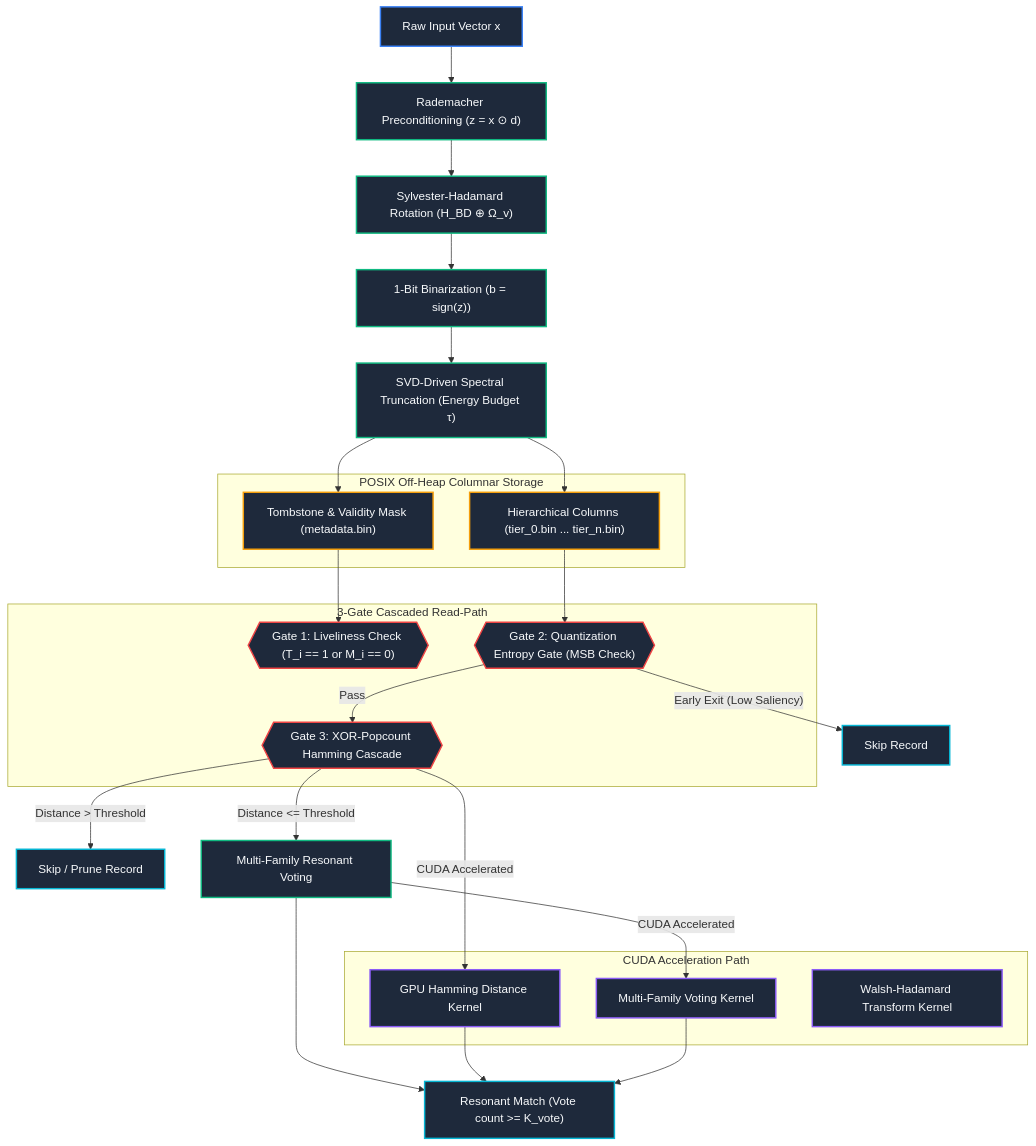
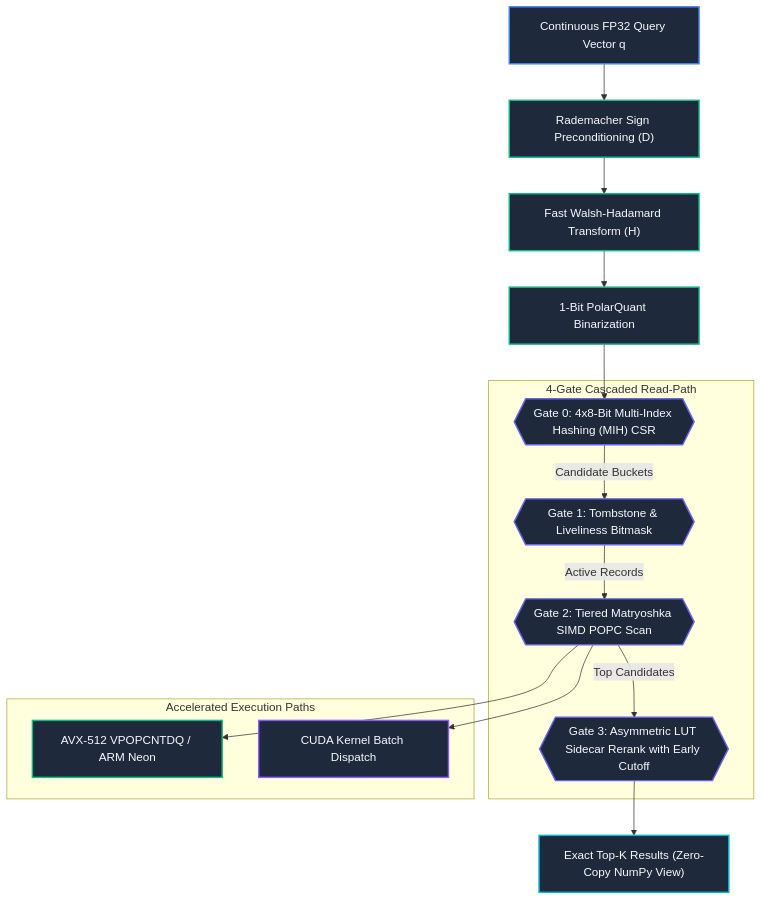
Before and after one commit to F1nnSBK/Pithos: the diagram in docs/architecture.md, drawn with Mermaid. The commit also changed other lines of this file and 5 other files, not shown here.

````diff
--- a/docs/architecture.md
+++ b/docs/architecture.md
@@ -11,47 +11,33 @@
 ```mermaid
 graph TD
     classDef input fill:#1e293b,stroke:#3b82f6,stroke-width:2px,color:#f8fafc;
     classDef transform fill:#1e293b,stroke:#10b981,stroke-width:2px,color:#f8fafc;
     classDef storage fill:#1e293b,stroke:#f59e0b,stroke-width:2px,color:#f8fafc;
-    classDef gate fill:#1e293b,stroke:#ef4444,stroke-width:2px,color:#f8fafc;
+    classDef gate fill:#1e293b,stroke:#6366f1,stroke-width:2px,color:#f8fafc;
     classDef cuda fill:#1e293b,stroke:#8b5cf6,stroke-width:2px,color:#f8fafc;
     classDef output fill:#1e293b,stroke:#06b6d4,stroke-width:2px,color:#f8fafc;
     
-    A[Raw Input Vector x]:::input --> B["Rademacher Preconditioning (z = x ⊙ d)"]:::transform
-    B --> C["Sylvester-Hadamard Rotation (H_BD ⊕ Ω_v)"]:::transform
-    C --> D["1-Bit Binarization (b = sign(z))"]:::transform
-    D --> E["SVD-Driven Spectral Truncation (Energy Budget τ)"]:::transform
+    A[Continuous FP32 Query Vector q]:::input --> B["Rademacher Sign Preconditioning (D)"]:::transform
+    B --> C["Fast Walsh-Hadamard Transform (H)"]:::transform
+    C --> D["1-Bit PolarQuant Binarization"]:::transform
     
-    subgraph Storage Layer [POSIX Off-Heap Columnar Storage]
-        F["Tombstone & Validity Mask (metadata.bin)"]:::storage
-        G["Hierarchical Columns (tier_0.bin ... tier_n.bin)"]:::storage
+    subgraph GatePipeline [4-Gate Cascaded Read-Path]
+        G0{{"Gate 0: 4x8-Bit Multi-Index Hashing (MIH) CSR"}}:::gate
+        G1{{"Gate 1: Tombstone & Liveliness Bitmask"}}:::gate
+        G2{{"Gate 2: Tiered Matryoshka SIMD POPC Scan"}}:::gate
+        G3{{"Gate 3: Asymmetric LUT Sidecar Rerank with Early Cutoff"}}:::gate
+    end
+
+    subgraph HardwareAcc [Accelerated Execution Paths]
+        SIMD["AVX-512 VPOPCNTDQ / ARM Neon"]:::transform
+        CUDA["CUDA Kernel Batch Dispatch"]:::cuda
     end
     
-    E --> F
-    E --> G
-    
-    subgraph Read Path [3-Gate Cascaded Read-Path]
-        H{{"Gate 1: Liveliness Check (T_i == 1 or M_i == 0)"}}:::gate
-        I{{"Gate 2: Quantization Entropy Gate (MSB Check)"}}:::gate
-        J{{"Gate 3: XOR-Popcount Hamming Cascade"}}:::gate
-    end
-    
-    subgraph "CUDA Acceleration Path"
-        J2["GPU Hamming Distance Kernel"]:::cuda
-        M2["Multi-Family Voting Kernel"]:::cuda
-        W2["Walsh-Hadamard Transform Kernel"]:::cuda
-    end
-    
-    F --> H
-    G --> I
-    I -- "Early Exit (Low Saliency)" --> K[Skip Record]:::output
-    I -- "Pass" --> J
-    J -- "Distance > Threshold" --> L[Skip / Prune Record]:::output
-    J -- "Distance <= Threshold" --> M[Multi-Family Resonant Voting]:::transform
-    J -- "CUDA Accelerated" --> J2
-    M -- "CUDA Accelerated" --> M2
-    
-    M --> N["Resonant Match (Vote count >= K_vote)"]:::output
-    J2 --> N
-    M2 --> N
+    D --> G0
+    G0 -->|Candidate Buckets| G1
+    G1 -->|Active Records| G2
+    G2 --> SIMD
+    G2 --> CUDA
+    G2 -->|Top Candidates| G3
+    G3 --> TopK["Exact Top-K Results (Zero-Copy NumPy View)"]:::output
 ```
````
